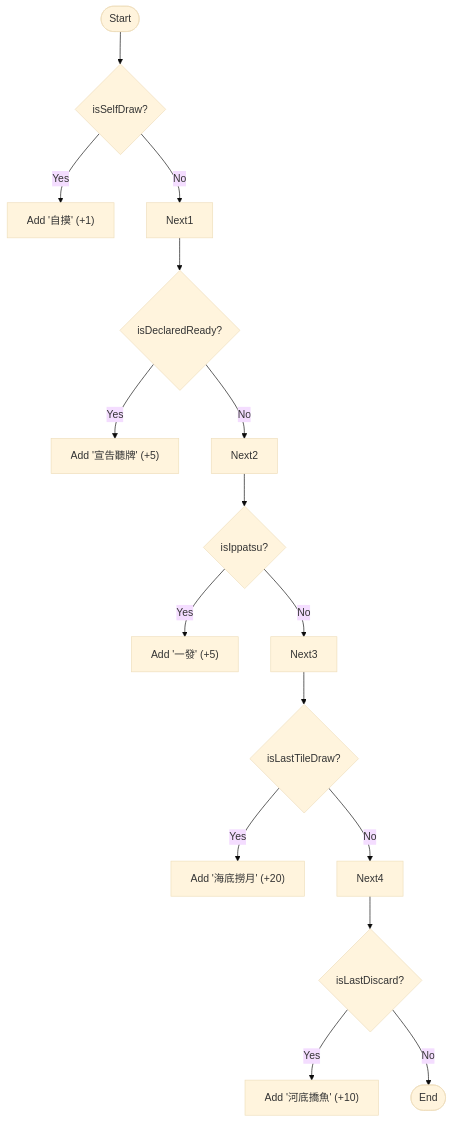
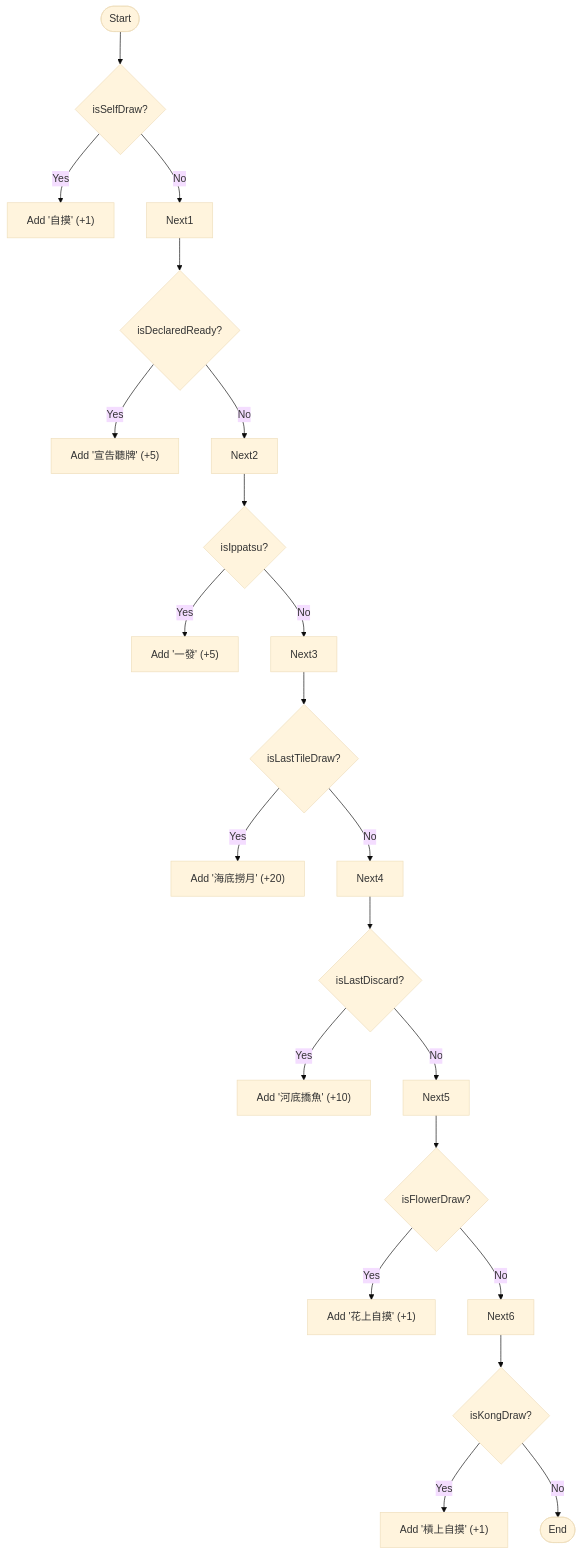
Before and after one commit to stc05168/ov-mj-calculator: the third of 7 diagrams in .qoder/repowiki/en/content/Scoring System Reference/Special Conditions and Bonuses.md, drawn with Mermaid (base theme). The commit also changed other lines of this file and 69 other files, not shown here.

````diff
--- a/.qoder/repowiki/en/content/Scoring System Reference/Special Conditions and Bonuses.md
+++ b/.qoder/repowiki/en/content/Scoring System Reference/Special Conditions and Bonuses.md
@@ -131,18 +149,24 @@
 ```mermaid
 flowchart TD
 Start(["Start"]) --> CheckSD{"isSelfDraw?"}
 CheckSD --> |Yes| AddSD["Add '自摸' (+1)"]
 CheckSD --> |No| Next1
 Next1 --> CheckDR{"isDeclaredReady?"}
 CheckDR --> |Yes| AddDR["Add '宣告聽牌' (+5)"]
 CheckDR --> |No| Next2
 Next2 --> CheckIP{"isIppatsu?"}
 CheckIP --> |Yes| AddIP["Add '一發' (+5)"]
 CheckIP --> |No| Next3
 Next3 --> CheckLTD{"isLastTileDraw?"}
 CheckLTD --> |Yes| AddLTD["Add '海底撈月' (+20)"]
 CheckLTD --> |No| Next4
 Next4 --> CheckLD{"isLastDiscard?"}
 CheckLD --> |Yes| AddLD["Add '河底撟魚' (+10)"]
-CheckLD --> |No| End(["End"])
+CheckLD --> |No| Next5
+Next5 --> CheckFD{"isFlowerDraw?"}
+CheckFD --> |Yes| AddFD["Add '花上自摸' (+1)"]
+CheckFD --> |No| Next6
+Next6 --> CheckKD{"isKongDraw?"}
+CheckKD --> |Yes| AddKD["Add '槓上自摸' (+1)"]
+CheckKD --> |No| End(["End"])
 ```
````
